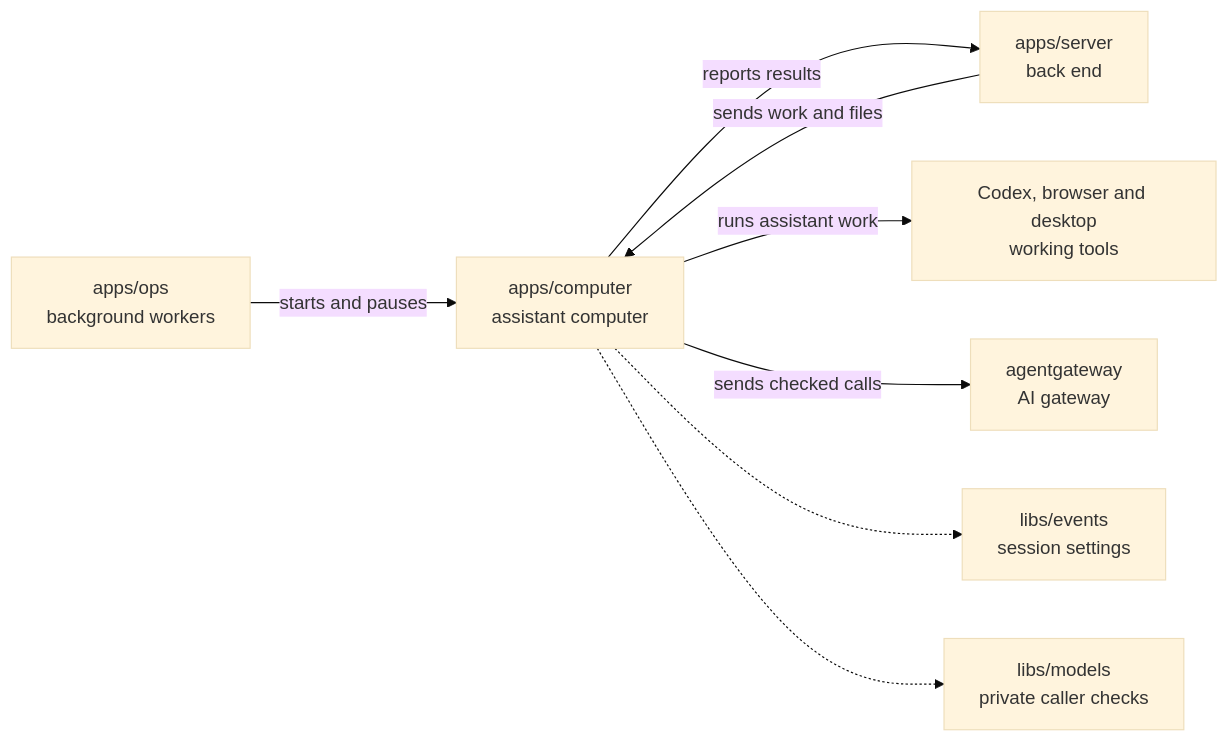
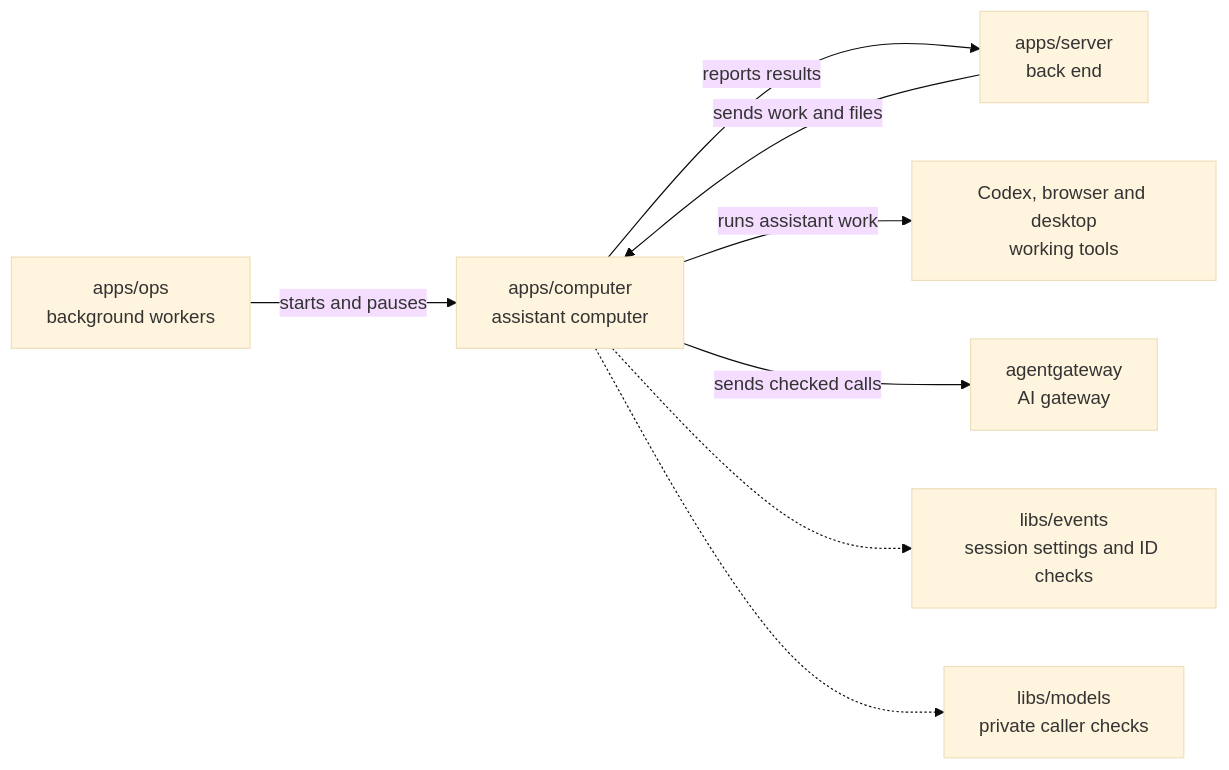
Before and after one commit to elewa-git/opencrane-new: the diagram in apps/computer/README.md, drawn with Mermaid (base theme). The commit also changed other lines of this file and 272 other files, not shown here.

````diff
--- a/apps/computer/README.md
+++ b/apps/computer/README.md
@@ -18,10 +18,10 @@
 ```mermaid
 flowchart LR
   ops["apps/ops<br/>background workers"] -->|starts and pauses| computer["apps/computer<br/>assistant computer"]
   server["apps/server<br/>back end"] -->|sends work and files| computer
   computer -->|reports results| server
   computer -->|runs assistant work| desktop["Codex, browser and desktop<br/>working tools"]
   computer -->|sends checked calls| gateway["agentgateway<br/>AI gateway"]
-  computer -.-> events["libs/events<br/>session settings"]
+  computer -.-> events["libs/events<br/>session settings and ID checks"]
   computer -.-> models["libs/models<br/>private caller checks"]
 ```
````
